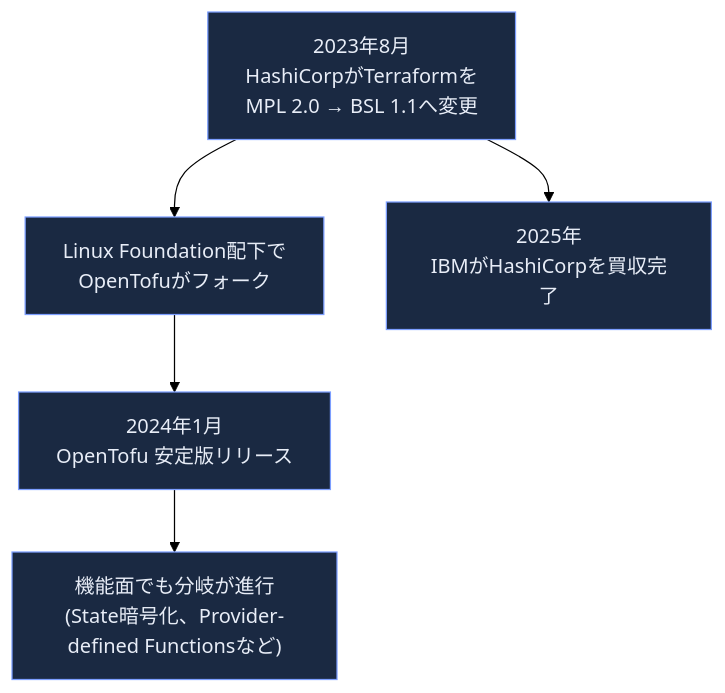
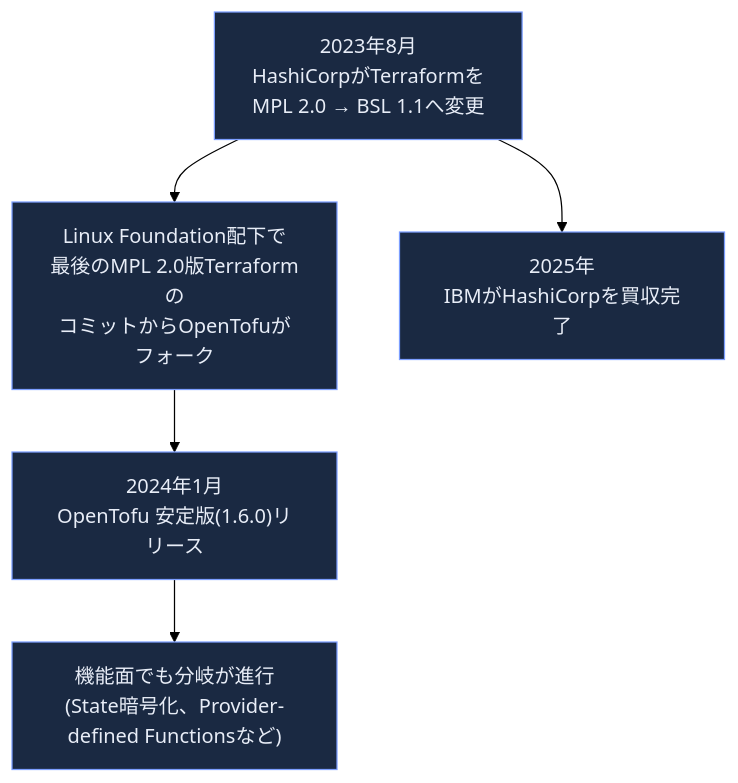
Before and after one commit to myoshi2891/Cloud-Infrastructure-Studies: diagram 23 of 26 in Infrastructure-as-code-guide.md, drawn with Mermaid (forest theme). The commit also changed other lines of this file, not shown here.

Commit message:
docs(iac): refine OpenTofu history, testing comparisons, and Argo CD survey details in IaC guide

````diff
--- a/Infrastructure-as-code-guide.md
+++ b/Infrastructure-as-code-guide.md
@@ -739,10 +746,10 @@
 ```mermaid
 flowchart TB
-    T2023["2023年8月<br/>HashiCorpがTerraformを<br/>MPL 2.0 → BSL 1.1へ変更"] --> Fork["Linux Foundation配下で<br/>OpenTofuがフォーク"]
-    Fork --> GA["2024年1月<br/>OpenTofu 安定版リリース"]
+    T2023["2023年8月<br/>HashiCorpがTerraformを<br/>MPL 2.0 → BSL 1.1へ変更"] --> Fork["Linux Foundation配下で<br/>最後のMPL 2.0版Terraformの<br/>コミットからOpenTofuがフォーク"]
+    Fork --> GA["2024年1月<br/>OpenTofu 安定版(1.6.0)リリース"]
     GA --> Diverge["機能面でも分岐が進行<br/>(State暗号化、Provider-defined Functionsなど)"]
     T2023 --> IBM["2025年<br/>IBMがHashiCorpを買収完了"]
 
     classDef eventFill fill:#1a2942,stroke:#7c9eff,color:#e8edf7
     class T2023,Fork,GA,Diverge,IBM eventFill
 ```
````
